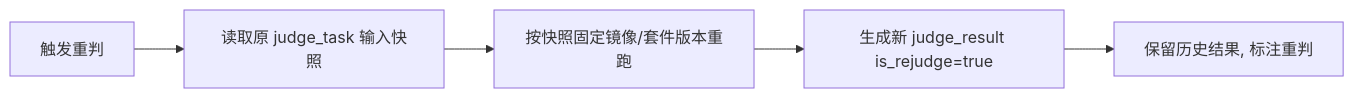
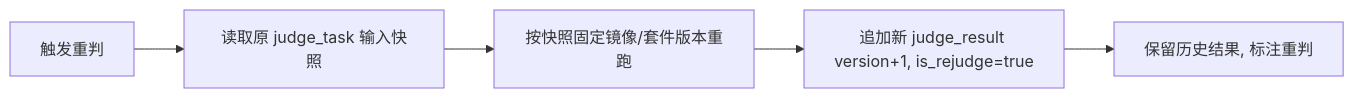
The third of 5 diagrams in docs/03-评测引擎/05-业务流程与状态机.md (menghuishisan/CHAIMIR), drawn with Mermaid before and after one commit. The commit also changed other lines of this file and 76 other files, not shown here.

````diff
--- a/docs/03-评测引擎/05-业务流程与状态机.md
+++ b/docs/03-评测引擎/05-业务流程与状态机.md
@@ -63,7 +63,7 @@
 ```mermaid
 flowchart LR
     A[触发重判] --> B[读取原 judge_task 输入快照]
     B --> C[按快照固定镜像/套件版本重跑]
-    C --> D[生成新 judge_result is_rejudge=true]
+    C --> D[追加新 judge_result version+1, is_rejudge=true]
     D --> E[保留历史结果, 标注重判]
 ```
````
